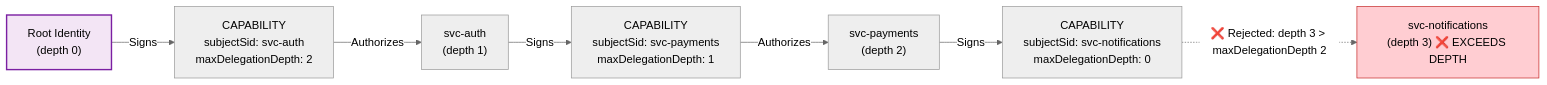
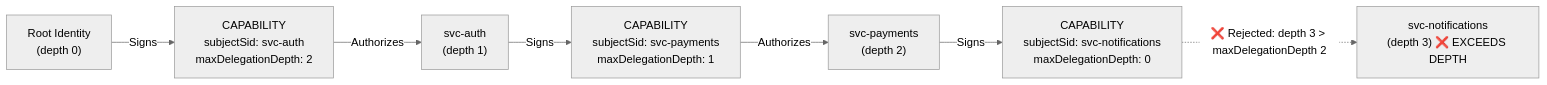
Before and after one commit to cyfko/veridot: the second of 4 diagrams in docs/docs/architecture/trust-hierarchy.md, drawn with Mermaid (neutral theme). The commit also changed other lines of this file and 25 other files, not shown here.

First line of the commit message:
style: remove colorful fill styles from Mermaid diagrams

````diff
--- a/docs/docs/architecture/trust-hierarchy.md
+++ b/docs/docs/architecture/trust-hierarchy.md
@@ -98,20 +91,18 @@
 ```mermaid
 graph LR
     Root["Root Identity<br/>(depth 0)"]
     CapA["CAPABILITY<br/>subjectSid: svc-auth<br/>maxDelegationDepth: 2"]
     SvcAuth["svc-auth<br/>(depth 1)"]
     CapB["CAPABILITY<br/>subjectSid: svc-payments<br/>maxDelegationDepth: 1"]
     SvcPay["svc-payments<br/>(depth 2)"]
     CapC["CAPABILITY<br/>subjectSid: svc-notifications<br/>maxDelegationDepth: 0"]
     SvcNotif["svc-notifications<br/>(depth 3) ❌ EXCEEDS DEPTH"]
 
     Root -->|"Signs"| CapA
     CapA -->|"Authorizes"| SvcAuth
     SvcAuth -->|"Signs"| CapB
     CapB -->|"Authorizes"| SvcPay
     SvcPay -->|"Signs"| CapC
     CapC -.->|"❌ Rejected: depth 3 > maxDelegationDepth 2"| SvcNotif
 
-    style Root fill:#f3e5f5,stroke:#7b1fa2,stroke-width:2px
-    style SvcNotif fill:#ffcdd2,stroke:#c62828
 ```
````
